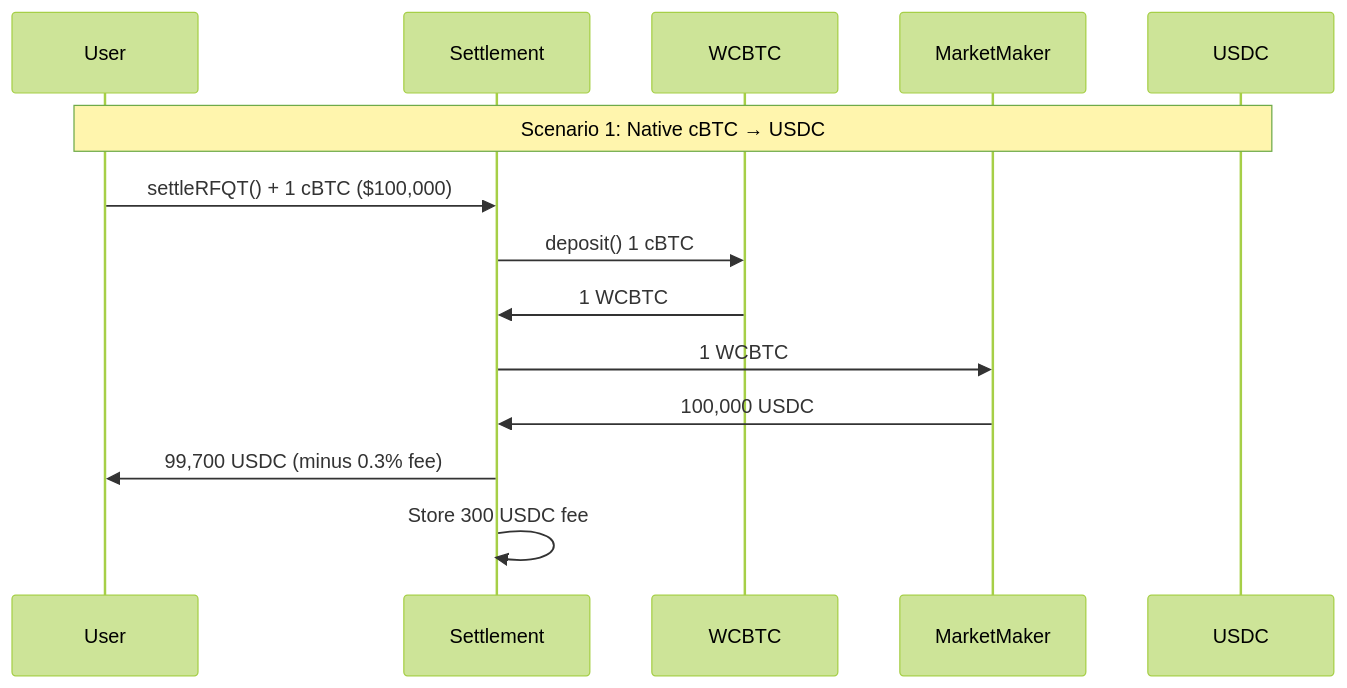
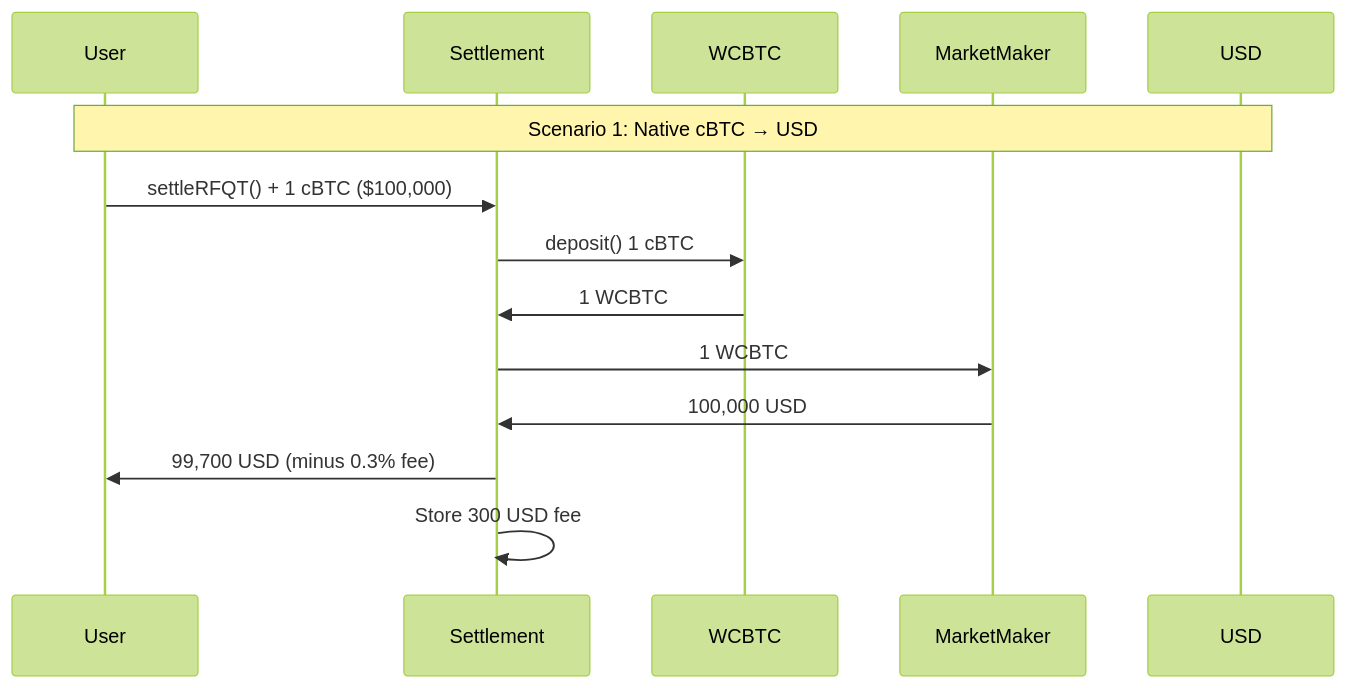
One commit to crest-bitcoin/docs changed the second of 4 diagrams in trading/rfqt.mdx. Above: the diagram before and after it, drawn with Mermaid (forest theme). The commit also changed other lines of this file and 6 other files, not shown here.

````diff
--- a/trading/rfqt.mdx
+++ b/trading/rfqt.mdx
@@ -63,17 +63,17 @@
 ```mermaid
 sequenceDiagram
     participant User
     participant Settlement
     participant WCBTC
     participant MarketMaker
-    participant USDC
+    participant USD
 
-    Note over User,USDC: Scenario 1: Native cBTC → USDC
+    Note over User,USD: Scenario 1: Native cBTC → USD
     User->>Settlement: settleRFQT() + 1 cBTC ($100,000)
     Settlement->>WCBTC: deposit() 1 cBTC
     WCBTC->>Settlement: 1 WCBTC
     Settlement->>MarketMaker: 1 WCBTC
-    MarketMaker->>Settlement: 100,000 USDC
-    Settlement->>User: 99,700 USDC (minus 0.3% fee)
-    Settlement->>Settlement: Store 300 USDC fee
+    MarketMaker->>Settlement: 100,000 USD
+    Settlement->>User: 99,700 USD (minus 0.3% fee)
+    Settlement->>Settlement: Store 300 USD fee
 ```
````
